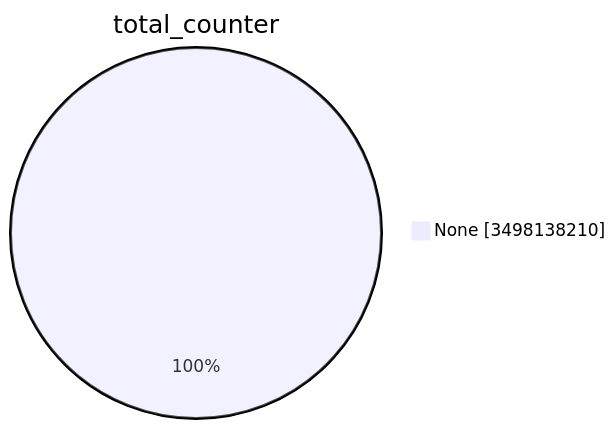
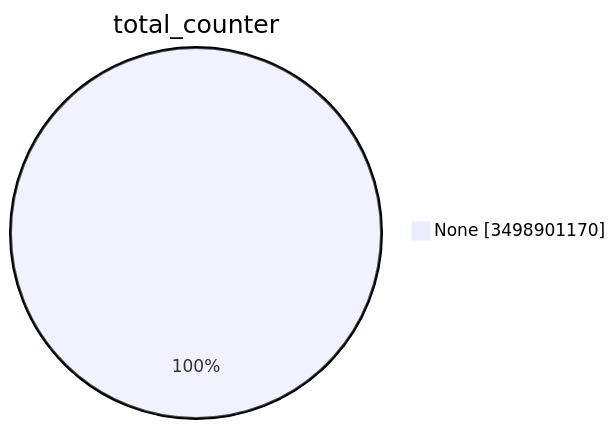
Before and after one commit to christiankrug/ctmonitor_visualization: the first of 15 diagrams in TOTAL/README.md, drawn with Mermaid. The commit also changed other lines of this file, not shown here.

````diff
--- a/TOTAL/README.md
+++ b/TOTAL/README.md
@@ -1,5 +1,5 @@
 ```mermaid
 pie showData
 title total_counter
-"None" :3498138210
+"None" :3498901170
 ```
````
